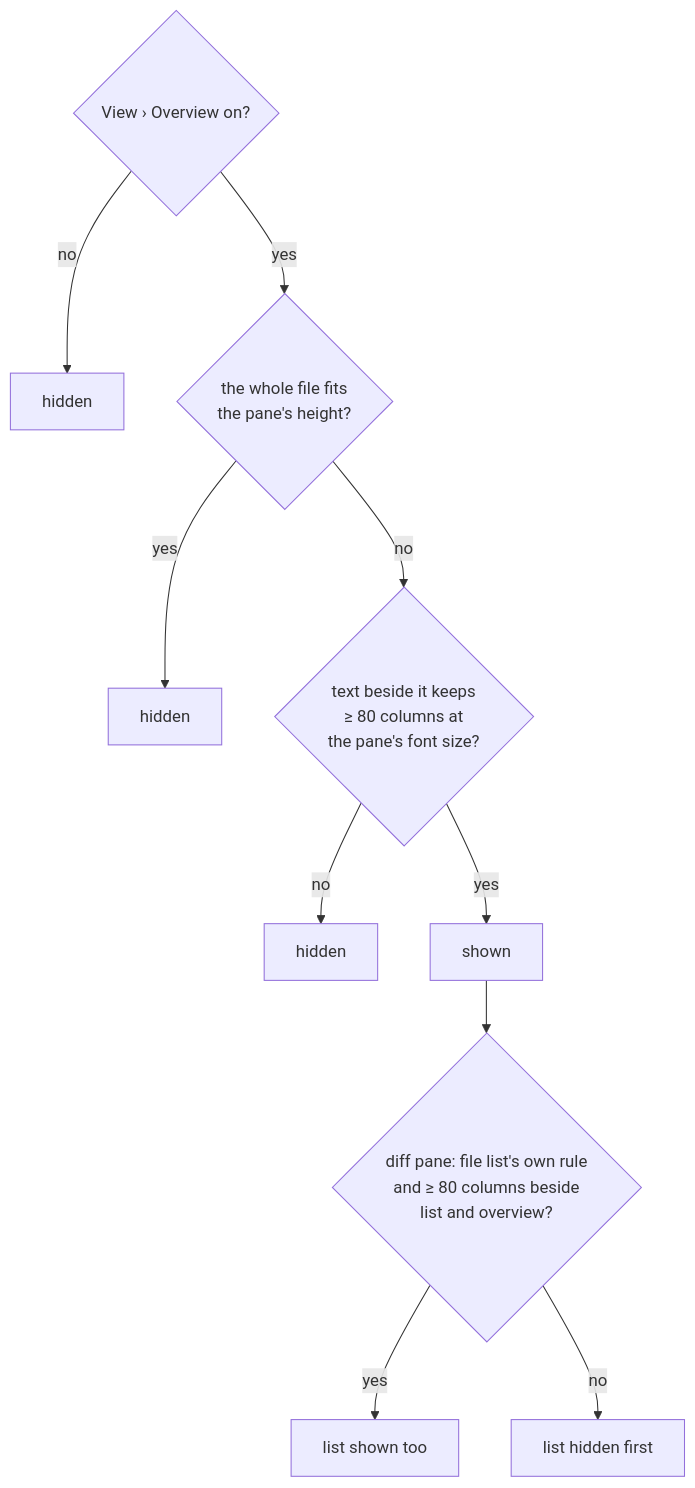
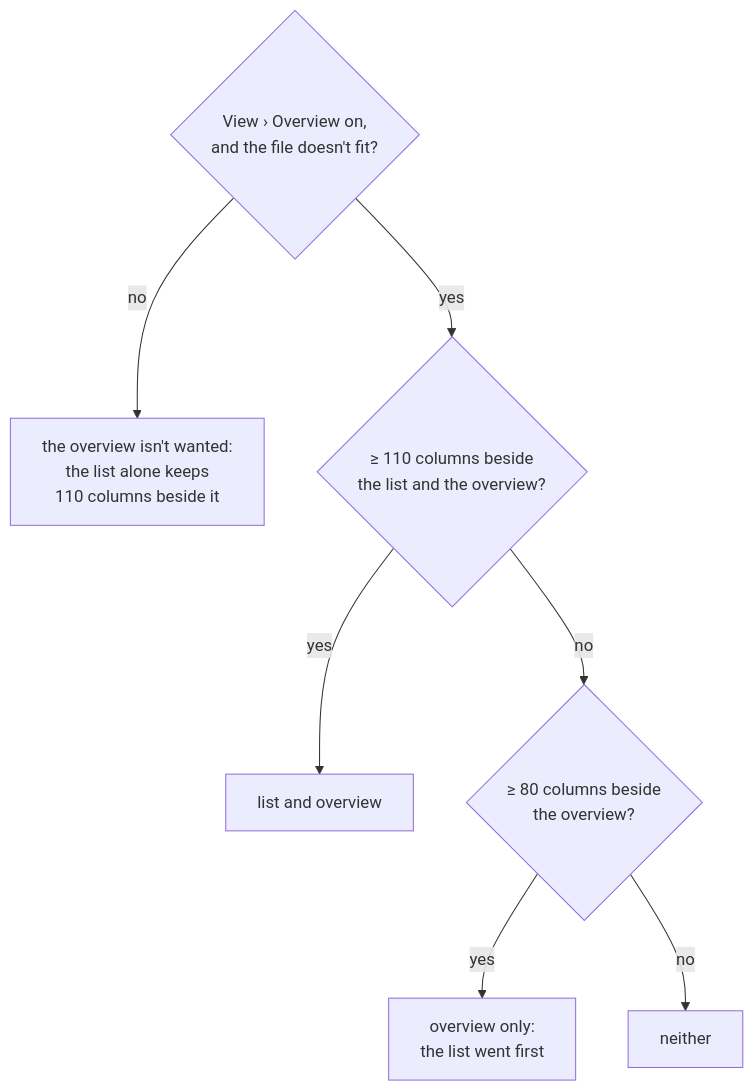
Before and after one commit to tampopogk/kanna: the first of 2 diagrams in docs/specs/overview.md, drawn with Mermaid. The commit also changed other lines of this file and 1 other file, not shown here.

Commit message:
Overview joins the diff pane's side-panel rule: the list wants 110 columns beside the list and a wanted overview, so narrowing only hides (list, then overview); spec and mockup

````diff
--- a/docs/specs/overview.md
+++ b/docs/specs/overview.md
@@ -57,12 +57,9 @@
 ```mermaid
 flowchart TB
-    S{"View › Overview on?"} -->|no| H1["hidden"]
-    S -->|yes| F{"the whole file fits<br/>the pane's height?"}
-    F -->|yes| H2["hidden"]
-    F -->|no| C{"text beside it keeps<br/>≥ 80 columns at<br/>the pane's font size?"}
-    C -->|no| H3["hidden"]
-    C -->|yes| SH["shown"]
-    SH --> L{"diff pane: file list's own rule<br/>and ≥ 80 columns beside<br/>list and overview?"}
-    L -->|yes| LS["list shown too"]
-    L -->|no| LH["list hidden first"]
+    S{"View › Overview on,<br/>and the file doesn't fit?"} -->|no| A1["the overview isn't wanted:<br/>the list alone keeps<br/>110 columns beside it"]
+    S -->|yes| L{"≥ 110 columns beside<br/>the list and the overview?"}
+    L -->|yes| B["list and overview"]
+    L -->|no| O{"≥ 80 columns beside<br/>the overview?"}
+    O -->|yes| C["overview only:<br/>the list went first"]
+    O -->|no| D["neither"]
 ```
````
